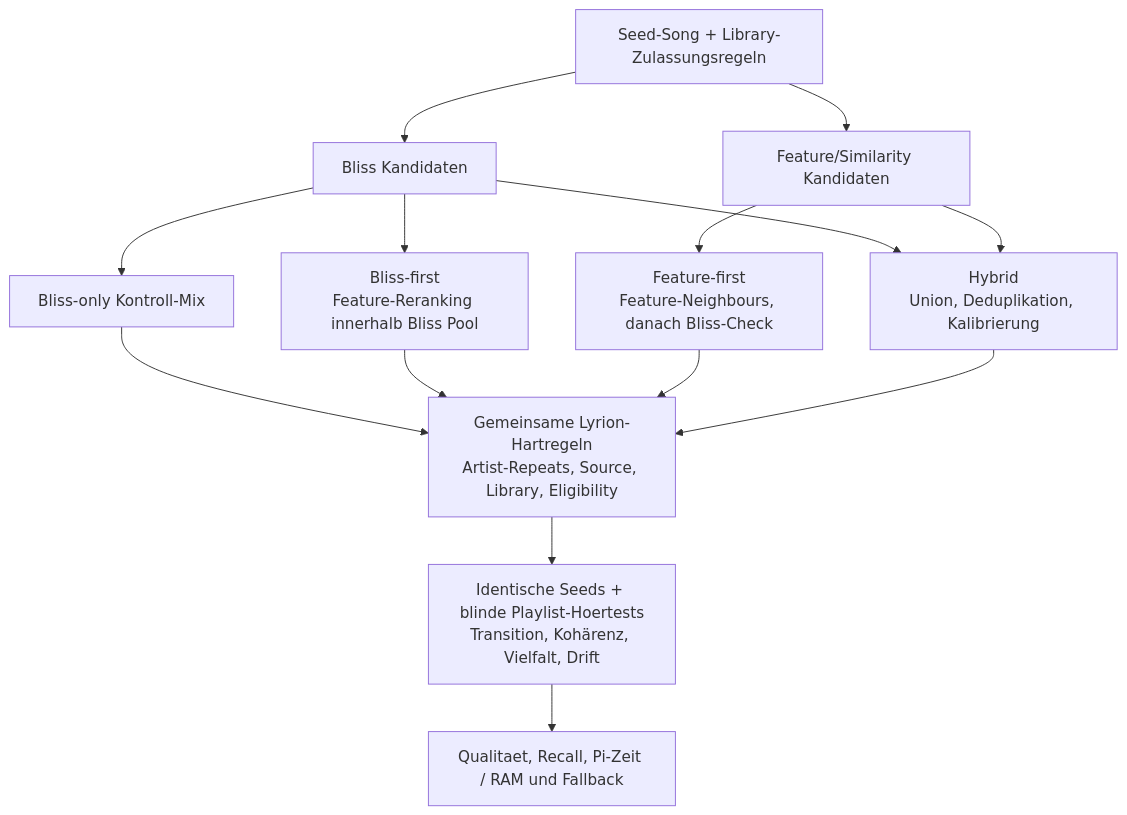
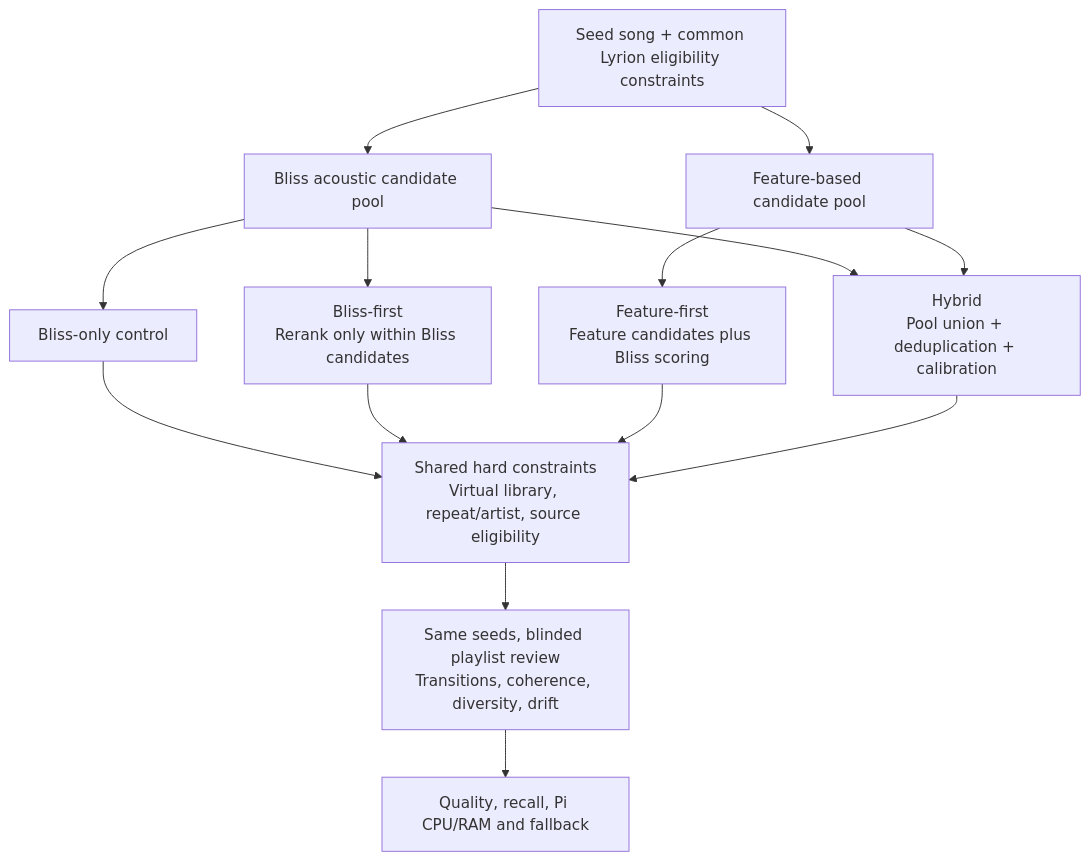
One commit to chrober/bliss-mood-poc changed the fourth of 4 diagrams in docs/similarity-lyrion-roadmap.md. Above: the diagram before and after it, drawn with Mermaid. The commit also changed other lines of this file, not shown here.

Commit message:
docs: rewrite complete phase 0-6 Mermaid roadmap in English and mark phase 0 partially verified

````diff
--- a/docs/similarity-lyrion-roadmap.md
+++ b/docs/similarity-lyrion-roadmap.md
@@ -281,25 +263,25 @@
 ```mermaid
 flowchart TD
-    SEED["Seed-Song + Library-Zulassungsregeln"]
-    BLISS["Bliss Kandidaten"]
-    FEAT["Feature/Similarity Kandidaten"]
-    BONLY["Bliss-only Kontroll-Mix"]
-    BF["Bliss-first<br/>Feature-Reranking innerhalb Bliss Pool"]
-    FF["Feature-first<br/>Feature-Neighbours, danach Bliss-Check"]
-    HYB["Hybrid<br/>Union, Deduplikation, Kalibrierung"]
-    RULES["Gemeinsame Lyrion-Hartregeln<br/>Artist-Repeats, Source, Library, Eligibility"]
-    REVIEW["Identische Seeds + blinde Playlist-Hoertests<br/>Transition, Kohärenz, Vielfalt, Drift"]
-    DECIDE["Qualitaet, Recall, Pi-Zeit / RAM und Fallback"]
+    SEED["Seed song + common Lyrion eligibility constraints"]
+    BLISS["Bliss acoustic candidate pool"]
+    FEAT["Feature-based candidate pool"]
+    CONTROL["Bliss-only control"]
+    BF["Bliss-first<br/>Rerank only within Bliss candidates"]
+    FF["Feature-first<br/>Feature candidates plus Bliss scoring"]
+    HYBRID["Hybrid<br/>Pool union + deduplication + calibration"]
+    RULES["Shared hard constraints<br/>Virtual library, repeat/artist, source eligibility"]
+    REVIEW["Same seeds, blinded playlist review<br/>Transitions, coherence, diversity, drift"]
+    RESULT["Quality, recall, Pi CPU/RAM and fallback"]
     SEED --> BLISS
     SEED --> FEAT
-    BLISS --> BONLY
+    BLISS --> CONTROL
     BLISS --> BF
     FEAT --> FF
-    BLISS --> HYB
-    FEAT --> HYB
-    BONLY --> RULES
+    BLISS --> HYBRID
+    FEAT --> HYBRID
+    CONTROL --> RULES
     BF --> RULES
     FF --> RULES
-    HYB --> RULES
-    RULES --> REVIEW --> DECIDE
+    HYBRID --> RULES
+    RULES --> REVIEW --> RESULT
 ```
````
